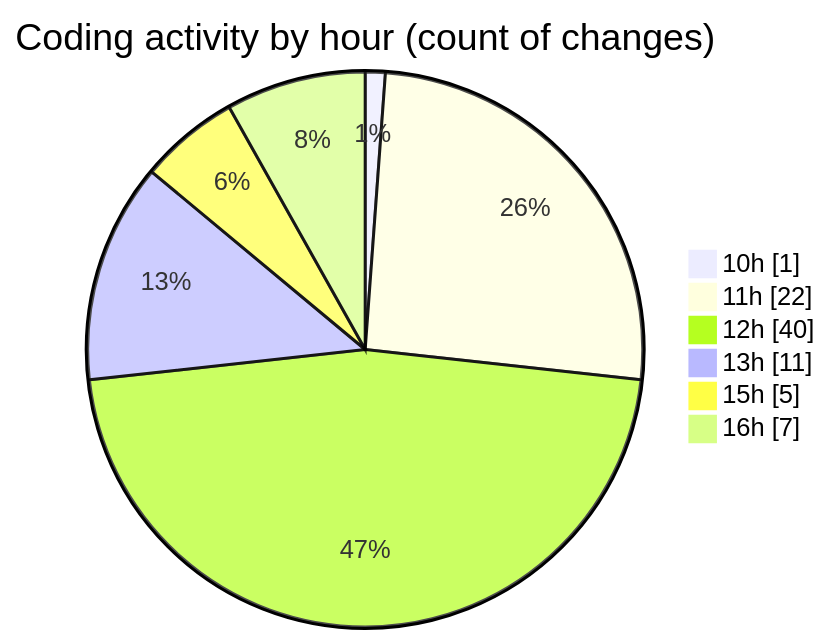
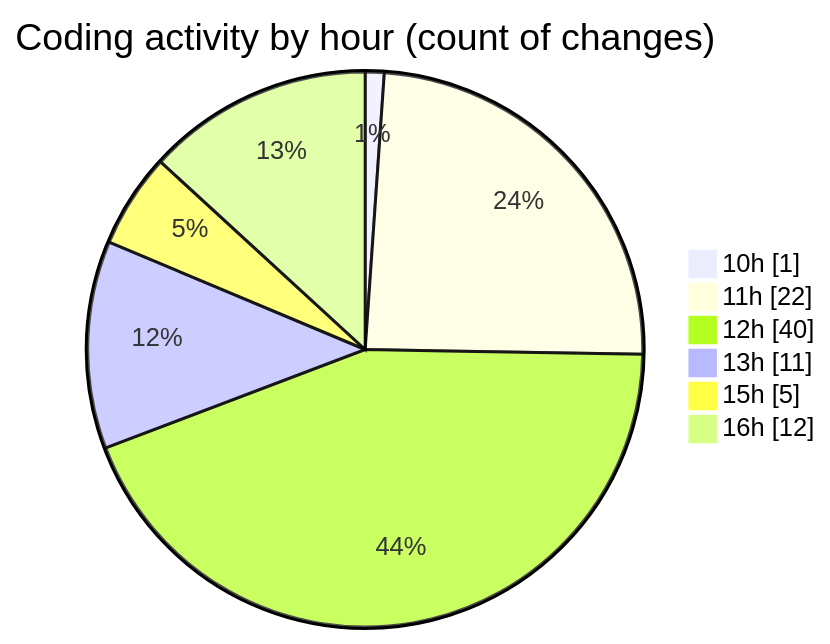
Before and after one commit to nxtqubesakshisongat/code-tracking: the second of 2 diagrams in 2025-07-27/nxtqube_webapp/README.md, drawn with Mermaid. The commit also changed other lines of this file and 1 other file, not shown here.

````diff
--- a/2025-07-27/nxtqube_webapp/README.md
+++ b/2025-07-27/nxtqube_webapp/README.md
@@ -36,10 +36,10 @@
 ```mermaid
 pie showData
 title Coding activity by hour (count of changes)
 "10h" : 1
 "11h" : 22
 "12h" : 40
 "13h" : 11
 "15h" : 5
-"16h" : 7
+"16h" : 12
 ```
````
